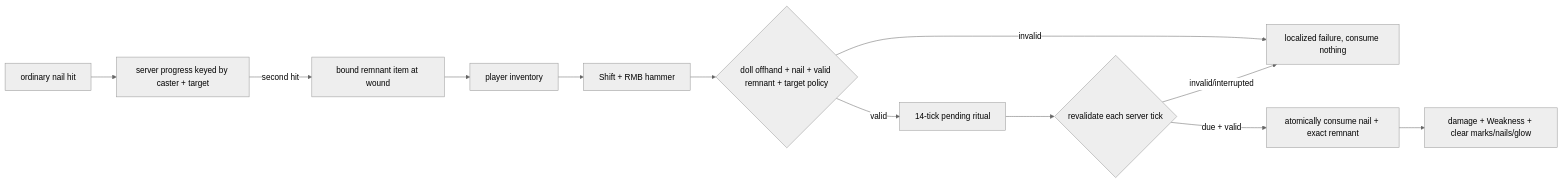
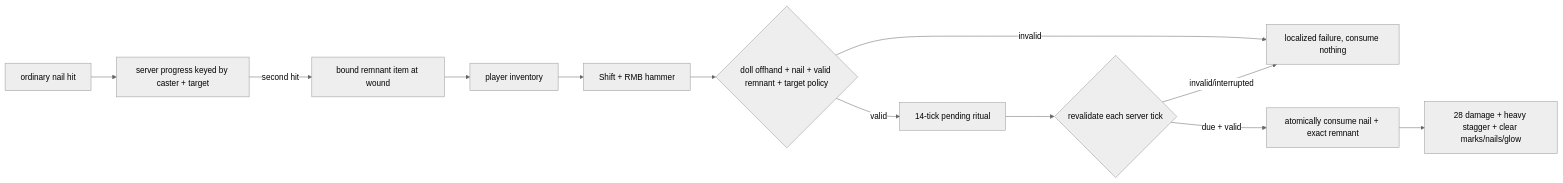
Before and after one commit to grebeshok105/jujutsu-minecraft: the diagram in Jujutsu Kaizen/jujutsumod-codebase-codex/03-systems/Straw-Doll-resonance.md, drawn with Mermaid (neutral theme). The commit also changed other lines of this file and 12 other files, not shown here.

````diff
--- a/Jujutsu Kaizen/jujutsumod-codebase-codex/03-systems/Straw-Doll-resonance.md
+++ b/Jujutsu Kaizen/jujutsumod-codebase-codex/03-systems/Straw-Doll-resonance.md
@@ -24,14 +24,14 @@
 ```mermaid
 flowchart LR
   H[ordinary nail hit] --> P[server progress keyed by caster + target]
   P -->|second hit| D[bound remnant item at wound]
   D --> I[player inventory]
   I --> S[Shift + RMB hammer]
   S --> V{doll offhand + nail + valid remnant + target policy}
   V -->|invalid| F[localized failure, consume nothing]
   V -->|valid| W[14-tick pending ritual]
   W --> R{revalidate each server tick}
   R -->|invalid/interrupted| F
   R -->|due + valid| C[atomically consume nail + exact remnant]
-  C --> X[damage + Weakness + clear marks/nails/glow]
+  C --> X[28 damage + heavy stagger + clear marks/nails/glow]
 ```
````
